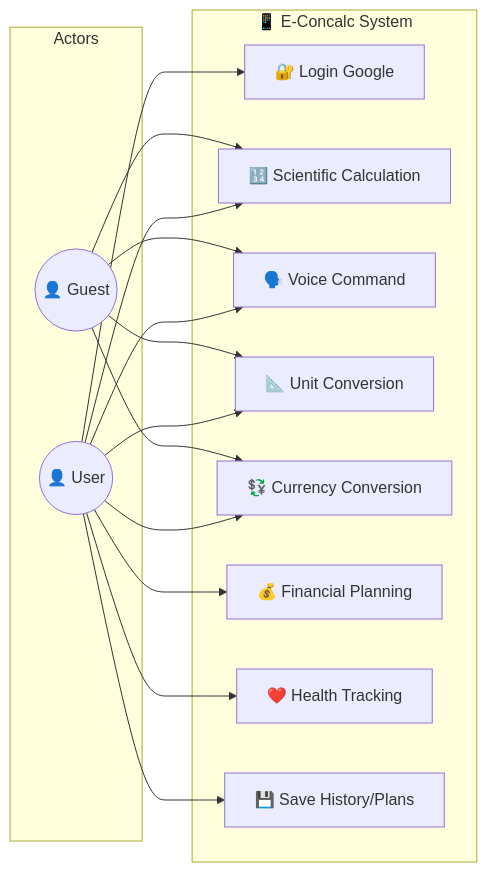
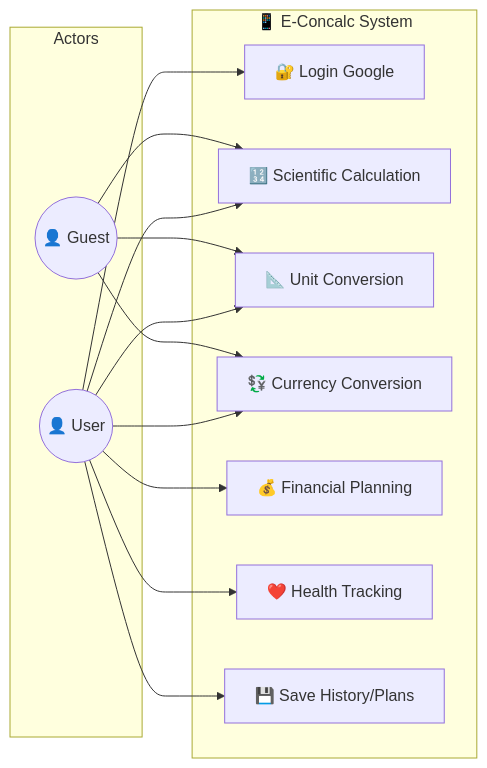
Before and after one commit to falcon-ioi/Caclcon: the first of 4 diagrams in README.md, drawn with Mermaid.

Commit message:
Docs: Remove Voice Command from Use Case Diagram

````diff
--- a/README.md
+++ b/README.md
@@ -79,32 +79,29 @@
 ```mermaid
 flowchart LR
     subgraph Actors
         User(("👤 User"))
         Guest(("👤 Guest"))
     end
     
     subgraph E-Concalc["📱 E-Concalc System"]
         UC1["🔐 Login Google"]
         UC2["🔢 Scientific Calculation"]
-        UC3["🗣️ Voice Command"]
-        UC4["📐 Unit Conversion"]
-        UC5["💱 Currency Conversion"]
-        UC6["💰 Financial Planning"]
-        UC7["❤️ Health Tracking"]
-        UC8["💾 Save History/Plans"]
+        UC3["📐 Unit Conversion"]
+        UC4["💱 Currency Conversion"]
+        UC5["💰 Financial Planning"]
+        UC6["❤️ Health Tracking"]
+        UC7["💾 Save History/Plans"]
     end
 
     User --> UC1
     User --> UC2
     User --> UC3
     User --> UC4
     User --> UC5
     User --> UC6
     User --> UC7
-    User --> UC8
     
     Guest --> UC2
     Guest --> UC3
     Guest --> UC4
-        Guest --> UC5
 ```
````
